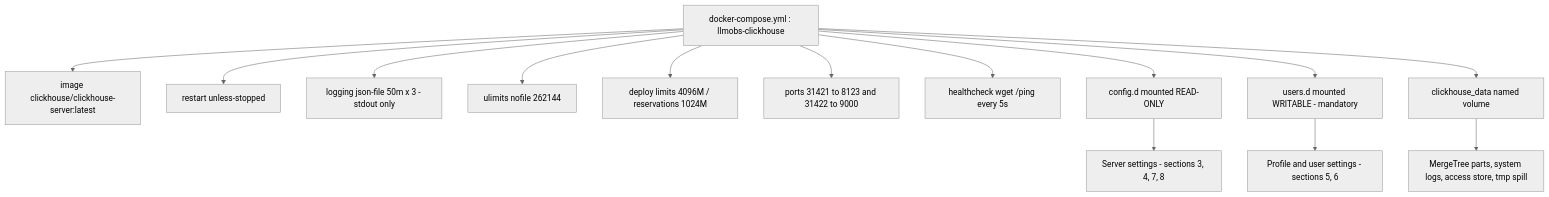
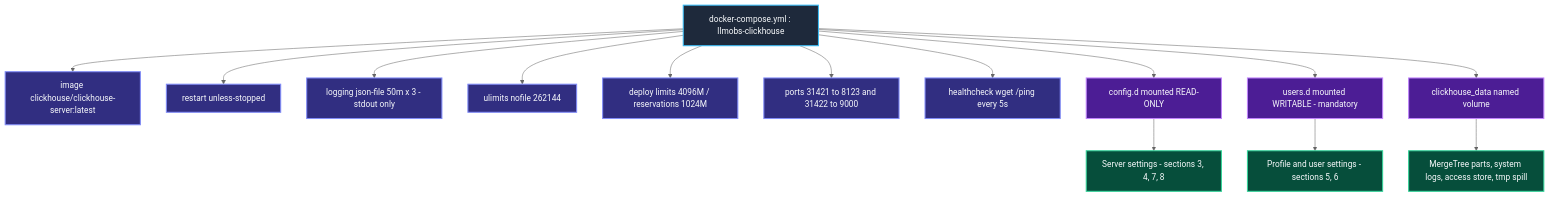
The ninth of 17 diagrams in docs/configDoc/clickhouse-configuration-guide.md (Chief-Strategist-J/llm-obs-infra), drawn with Mermaid (neutral theme) before and after one commit. The commit also changed other lines of this file, not shown here.

First line of the commit message:
fix(clickhouse-docs): repair Mermaid rendering, colour all diagrams, strip pseudocode comments

````diff
--- a/docs/configDoc/clickhouse-configuration-guide.md
+++ b/docs/configDoc/clickhouse-configuration-guide.md
@@ -1044,18 +1122,33 @@
 ```mermaid
 graph TD
     CO["docker-compose.yml : llmobs-clickhouse"] --> IM["image clickhouse/clickhouse-server:latest"]
     CO --> RS["restart unless-stopped"]
     CO --> LG["logging json-file 50m x 3 - stdout only"]
     CO --> UL["ulimits nofile 262144"]
     CO --> DP["deploy limits 4096M / reservations 1024M"]
     CO --> PT["ports 31421 to 8123 and 31422 to 9000"]
     CO --> HC["healthcheck wget /ping every 5s"]
 
     CO --> V1["config.d mounted READ-ONLY"]
     CO --> V2["users.d mounted WRITABLE - mandatory"]
     CO --> V3["clickhouse_data named volume"]
 
     V1 --> X1["Server settings - sections 3, 4, 7, 8"]
     V2 --> X2["Profile and user settings - sections 5, 6"]
     V3 --> X3["MergeTree parts, system logs, access store, tmp spill"]
+
+    style CO fill:#1e293b,stroke:#38bdf8,stroke-width:2px,color:#f8fafc
+    style IM fill:#312e81,stroke:#818cf8,stroke-width:2px,color:#f8fafc
+    style RS fill:#312e81,stroke:#818cf8,stroke-width:2px,color:#f8fafc
+    style LG fill:#312e81,stroke:#818cf8,stroke-width:2px,color:#f8fafc
+    style UL fill:#312e81,stroke:#818cf8,stroke-width:2px,color:#f8fafc
+    style DP fill:#312e81,stroke:#818cf8,stroke-width:2px,color:#f8fafc
+    style PT fill:#312e81,stroke:#818cf8,stroke-width:2px,color:#f8fafc
+    style HC fill:#312e81,stroke:#818cf8,stroke-width:2px,color:#f8fafc
+    style V1 fill:#4c1d95,stroke:#c084fc,stroke-width:2px,color:#f8fafc
+    style V2 fill:#4c1d95,stroke:#c084fc,stroke-width:2px,color:#f8fafc
+    style V3 fill:#4c1d95,stroke:#c084fc,stroke-width:2px,color:#f8fafc
+    style X1 fill:#064e3b,stroke:#34d399,stroke-width:2px,color:#f8fafc
+    style X2 fill:#064e3b,stroke:#34d399,stroke-width:2px,color:#f8fafc
+    style X3 fill:#064e3b,stroke:#34d399,stroke-width:2px,color:#f8fafc
 ```
````
